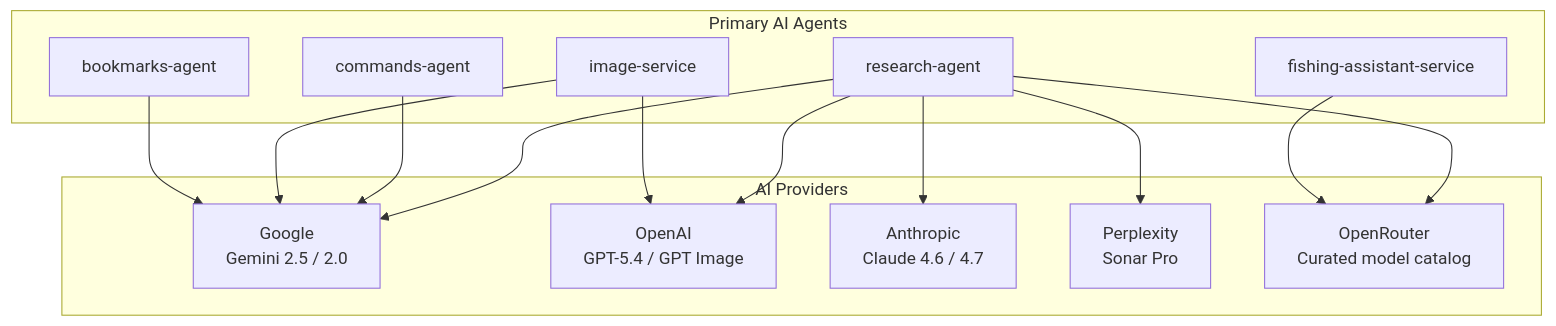
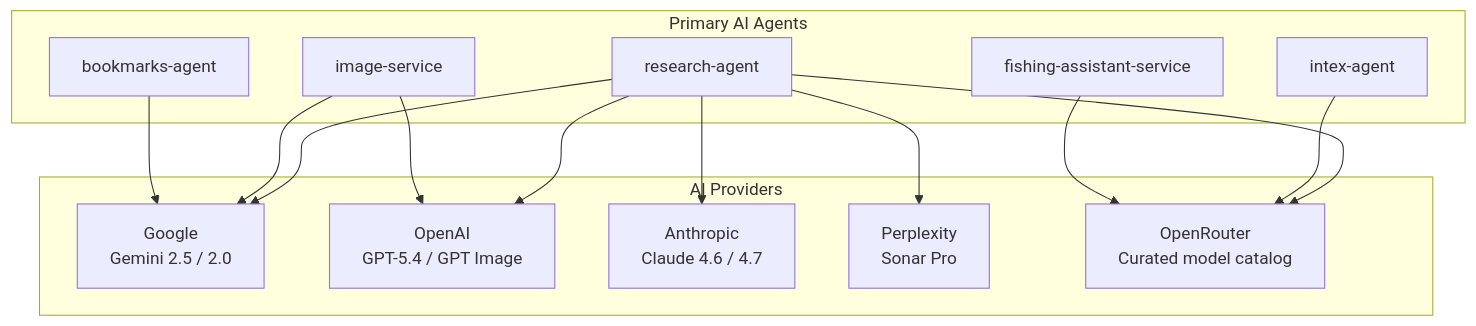
Before and after one commit to pbuchman/intexuraos: the first of 2 diagrams in docs/services/index.md, drawn with Mermaid. The commit also changed other lines of this file and 607 other files, not shown here.

````diff
--- a/docs/services/index.md
+++ b/docs/services/index.md
@@ -110,29 +105,29 @@
 ```mermaid
 graph TB
     subgraph "AI Providers"
         G[Google<br>Gemini 2.5 / 2.0]
         O[OpenAI<br>GPT-5.4 / GPT Image]
         A[Anthropic<br>Claude 4.6 / 4.7]
         P[Perplexity<br>Sonar Pro]
         OR[OpenRouter<br>Curated model catalog]
     end
 
     subgraph "Primary AI Agents"
         R[research-agent]
-        C[commands-agent]
+        X[intex-agent]
         I[image-service]
         B[bookmarks-agent]
         F[fishing-assistant-service]
     end
 
     R --> G
     R --> O
     R --> A
     R --> P
     R --> OR
-    C --> G
+    X --> OR
     I --> O
     I --> G
     B --> G
     F --> OR
 ```
````
